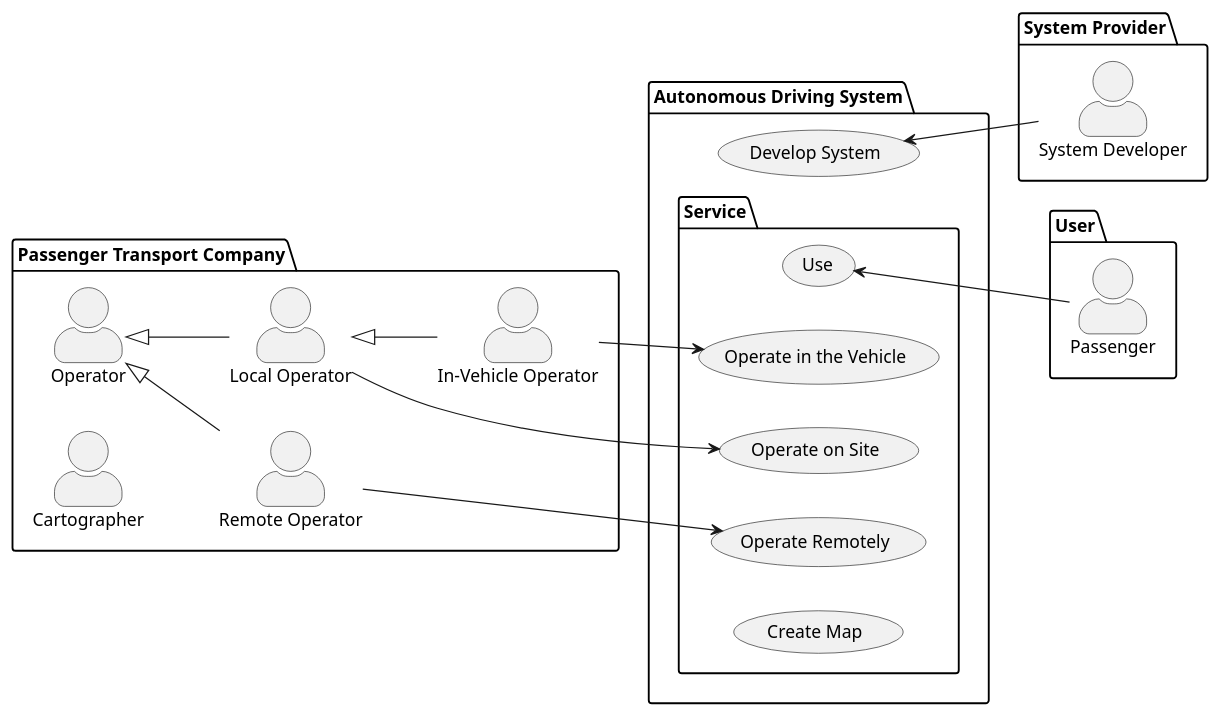
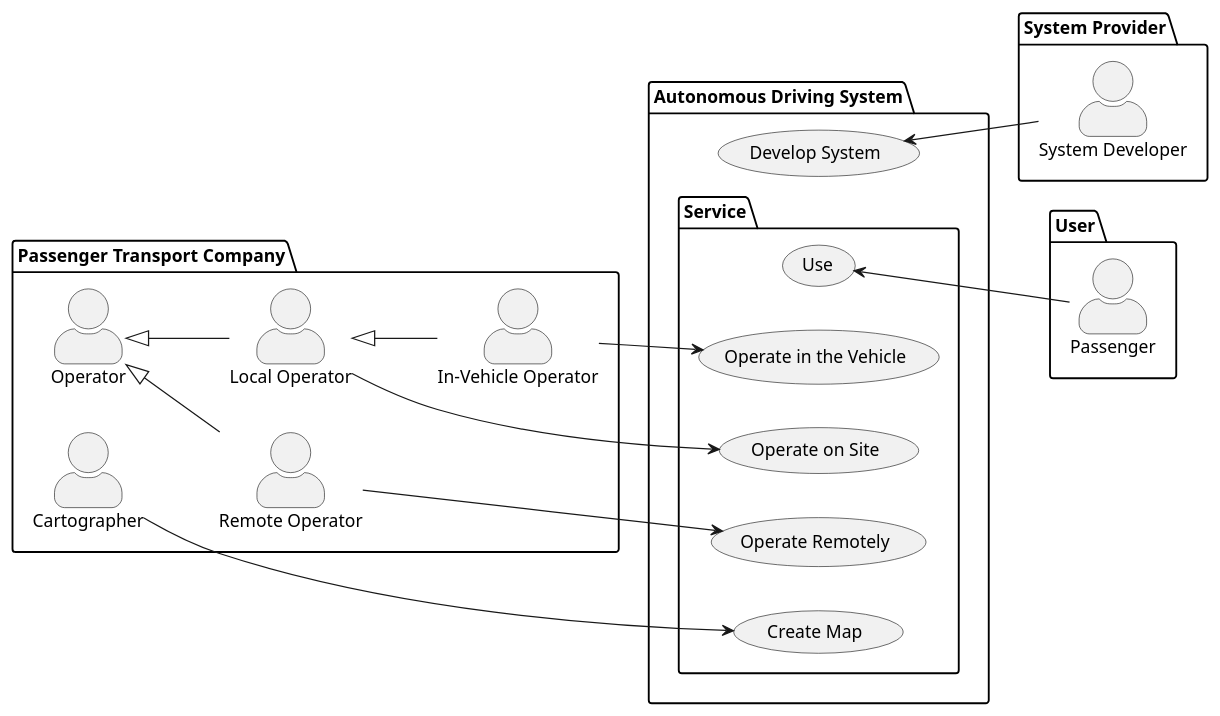
Before and after one commit to leo-drive/reference_design_diagrams: the diagram in robotaxi/service_features/overview/service_flow_diagram.wsd, drawn with PlantUML.

Commit message:
add missing connection for map creation

```diff
--- a/robotaxi/service_features/overview/service_flow_diagram.wsd
+++ b/robotaxi/service_features/overview/service_flow_diagram.wsd
@@ -1,44 +1,45 @@
 @startuml
 
 left to right direction
 skinparam actorStyle awesome
 
 package "Passenger Transport Company" {
     actor Operator
     actor "Local Operator" as LocalOperator
     actor "In-Vehicle Operator" as InVehicleOperator
     actor Cartographer
     actor "Remote Operator" as RemoteOperator
 }
 
 package "System Provider"{
     actor "System Developer" as SystemDeveloper
 }
 
 package User{
     actor Passenger
 }
 
 package "Autonomous Driving System"{
 
     usecase "Develop System" as DevelopSystem
 
     package Service{
         usecase "Use"
         usecase "Operate in the Vehicle" as OperateInVehicle
         usecase "Operate on Site" as OperateOnSite
         usecase "Operate Remotely" as OperateRemotely
         usecase "Create Map" as CreateMap
     }
 }
 
 Operator <|-- LocalOperator
 LocalOperator <|--InVehicleOperator
 Operator <|--RemoteOperator
 
 Passenger -up-> Use
 SystemDeveloper -up-> DevelopSystem
 LocalOperator --> OperateOnSite
 InVehicleOperator --> OperateInVehicle
 RemoteOperator --> OperateRemotely
+Cartographer --> CreateMap
 @enduml
```
